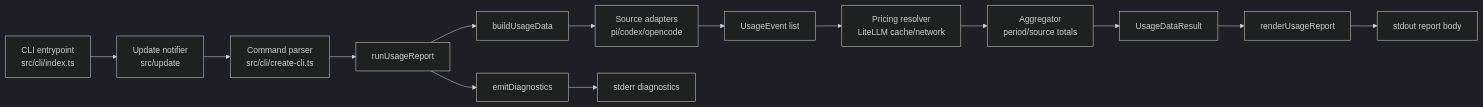
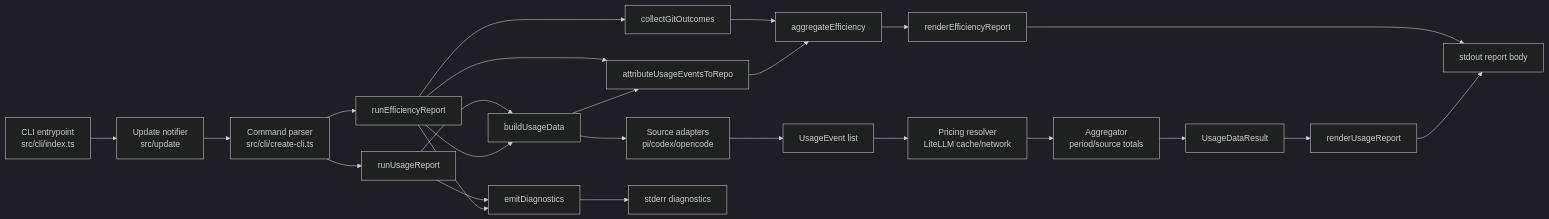
The first of 2 diagrams in docs/architecture.md (ben-vargas/ai-llm-usage-metrics), drawn with Mermaid (dark theme) before and after one commit. The commit also changed other lines of this file and 6 other files, not shown here.

````diff
--- a/docs/architecture.md
+++ b/docs/architecture.md
@@ -19,19 +21,29 @@
 ```mermaid
 flowchart LR
     A[CLI entrypoint\nsrc/cli/index.ts] --> B[Update notifier\nsrc/update]
     B --> C[Command parser\nsrc/cli/create-cli.ts]
     C --> D[runUsageReport]
     D --> E[buildUsageData]
+    C --> O[runEfficiencyReport]
+    O --> E
+    O --> P[collectGitOutcomes]
+    O --> S[attributeUsageEventsToRepo]
+    E --> S
+    P --> Q[aggregateEfficiency]
+    S --> Q
+    Q --> R[renderEfficiencyReport]
+    R --> L
 
     E --> F[Source adapters\npi/codex/opencode]
     F --> G[UsageEvent list]
     G --> H[Pricing resolver\nLiteLLM cache/network]
     H --> I[Aggregator\nperiod/source totals]
     I --> J[UsageDataResult]
 
     J --> K[renderUsageReport]
     K --> L[stdout report body]
 
     D --> M[emitDiagnostics]
     M --> N[stderr diagnostics]
+    O --> M
 ```
````
